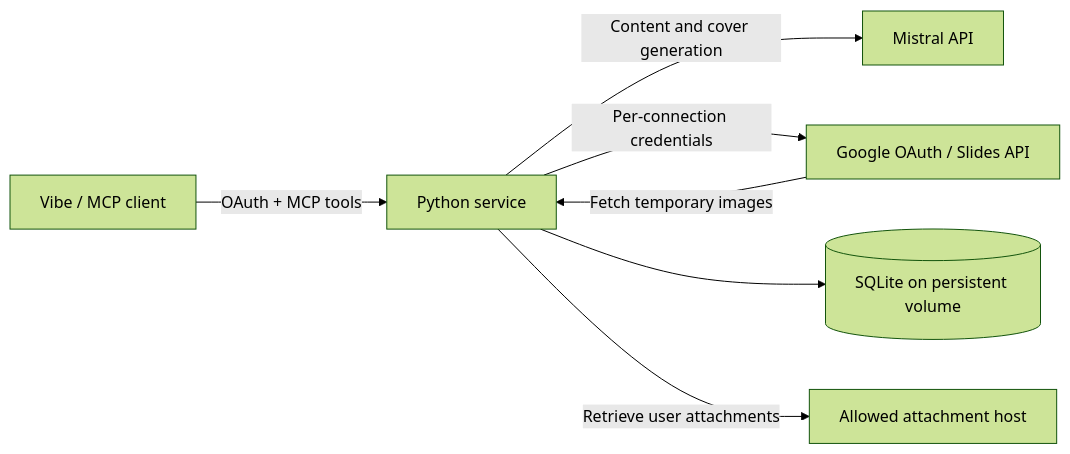
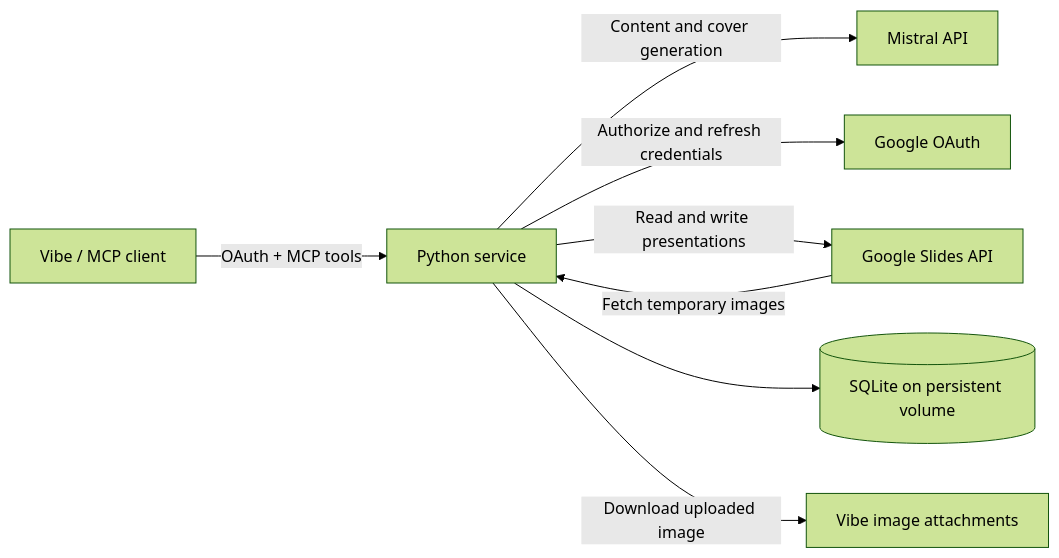
Before and after one commit to aamorel/mistral-slides-mcp: the diagram in docs/architecture.md, drawn with Mermaid (forest theme).

Commit message:
Clarify external services in architecture diagram

````diff
--- a/docs/architecture.md
+++ b/docs/architecture.md
@@ -9,9 +9,10 @@
 ```mermaid
 flowchart LR
     Vibe["Vibe / MCP client"] -->|"OAuth + MCP tools"| Server["Python service"]
     Server -->|"Content and cover generation"| Mistral["Mistral API"]
-    Server -->|"Per-connection credentials"| Google["Google OAuth / Slides API"]
-    Google -->|"Fetch temporary images"| Server
+    Server -->|"Authorize and refresh credentials"| OAuth["Google OAuth"]
+    Server -->|"Read and write presentations"| Slides["Google Slides API"]
+    Slides -->|"Fetch temporary images"| Server
     Server --> DB[("SQLite on persistent volume")]
-    Server -->|"Retrieve user attachments"| Attachments["Allowed attachment host"]
+    Server -->|"Download uploaded image"| Attachments["Vibe image attachments"]
 ```
````
